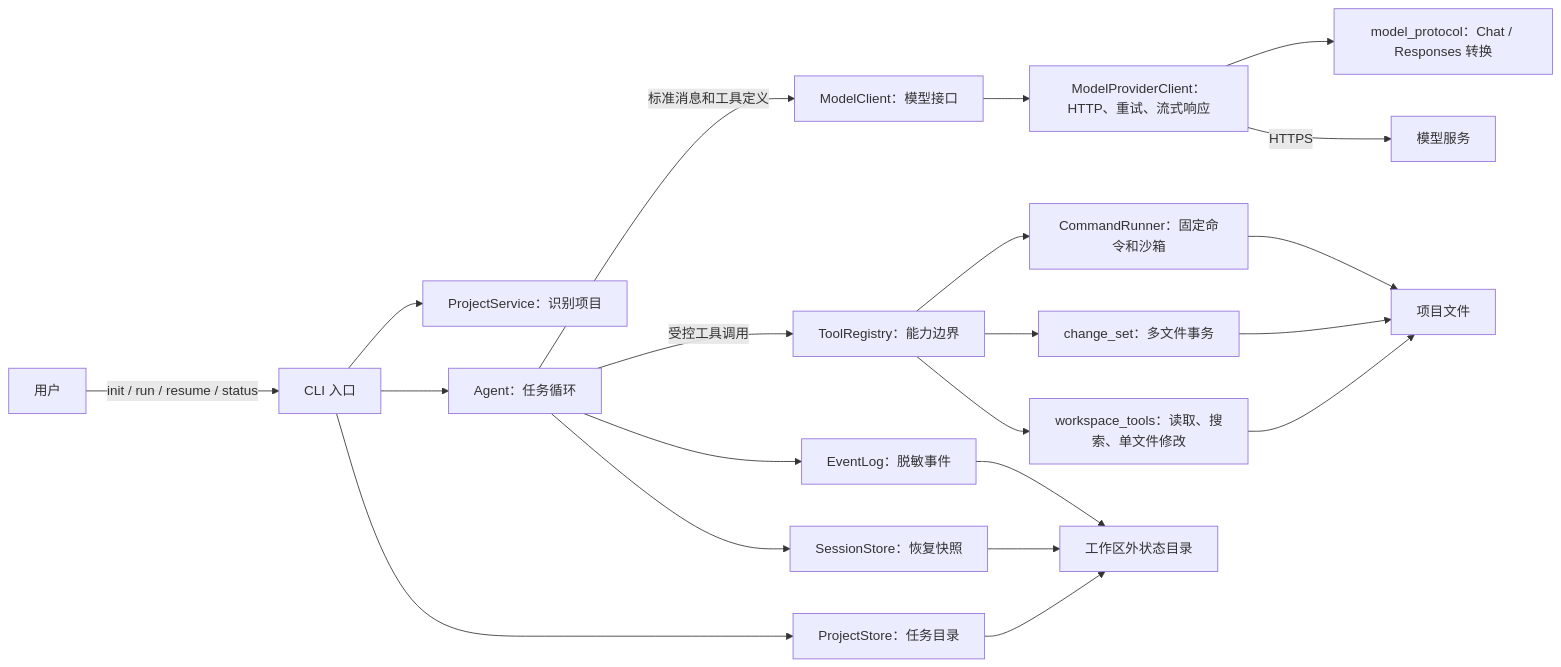
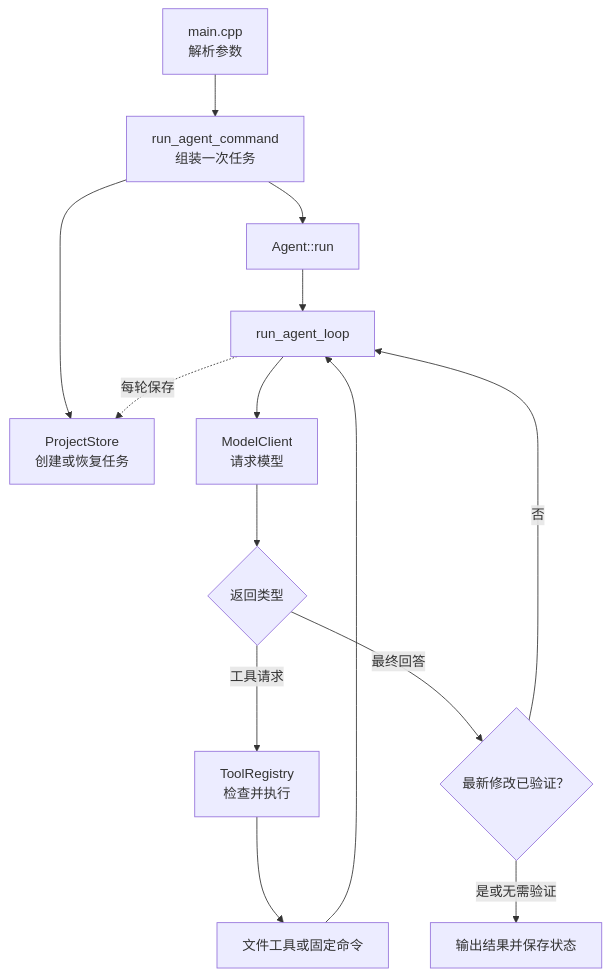
One commit to calvinhxx/mint changed the diagram in docs/ARCHITECTURE.md. Above: the diagram before and after it, drawn with Mermaid. The commit also changed other lines of this file and 13 other files, not shown here.

````diff
--- a/docs/ARCHITECTURE.md
+++ b/docs/ARCHITECTURE.md
@@ -24,28 +13,16 @@
-```mermaid
-flowchart LR
-    user["用户"] -->|"init / run / resume / status"| cli["CLI 入口"]
-
-    cli --> project["ProjectService：识别项目"]
-    cli --> store["ProjectStore：任务目录"]
-    cli --> agent["Agent：任务循环"]
-
-    agent -->|"标准消息和工具定义"| modelPort["ModelClient：模型接口"]
-    modelPort --> provider["ModelProviderClient：HTTP、重试、流式响应"]
-    provider --> protocol["model_protocol：Chat / Responses 转换"]
-    provider -->|"HTTPS"| remote["模型服务"]
-
-    agent -->|"受控工具调用"| registry["ToolRegistry：能力边界"]
-    registry --> reader["workspace_tools：读取、搜索、单文件修改"]
-    registry --> changeset["change_set：多文件事务"]
-    registry --> runner["CommandRunner：固定命令和沙箱"]
-
-    reader --> workspace["项目文件"]
-    changeset --> workspace
-    runner --> workspace
-
-    agent --> session["SessionStore：恢复快照"]
-    agent --> events["EventLog：脱敏事件"]
-    store --> state["工作区外状态目录"]
-    session --> state
-    events --> state
-```
+~~~mermaid
+flowchart TD
+    main["main.cpp<br/>解析参数"] --> command["run_agent_command<br/>组装一次任务"]
+    command --> store["ProjectStore<br/>创建或恢复任务"]
+    command --> agent["Agent::run"]
+    agent --> loop["run_agent_loop"]
+    loop --> model["ModelClient<br/>请求模型"]
+    model --> reply{"返回类型"}
+    reply -- "工具请求" --> registry["ToolRegistry<br/>检查并执行"]
+    registry --> local["文件工具或固定命令"]
+    local --> loop
+    reply -- "最终回答" --> gate{"最新修改已验证？"}
+    gate -- "否" --> loop
+    gate -- "是或无需验证" --> result["输出结果并保存状态"]
+    loop -.->|每轮保存| store
+~~~
````
